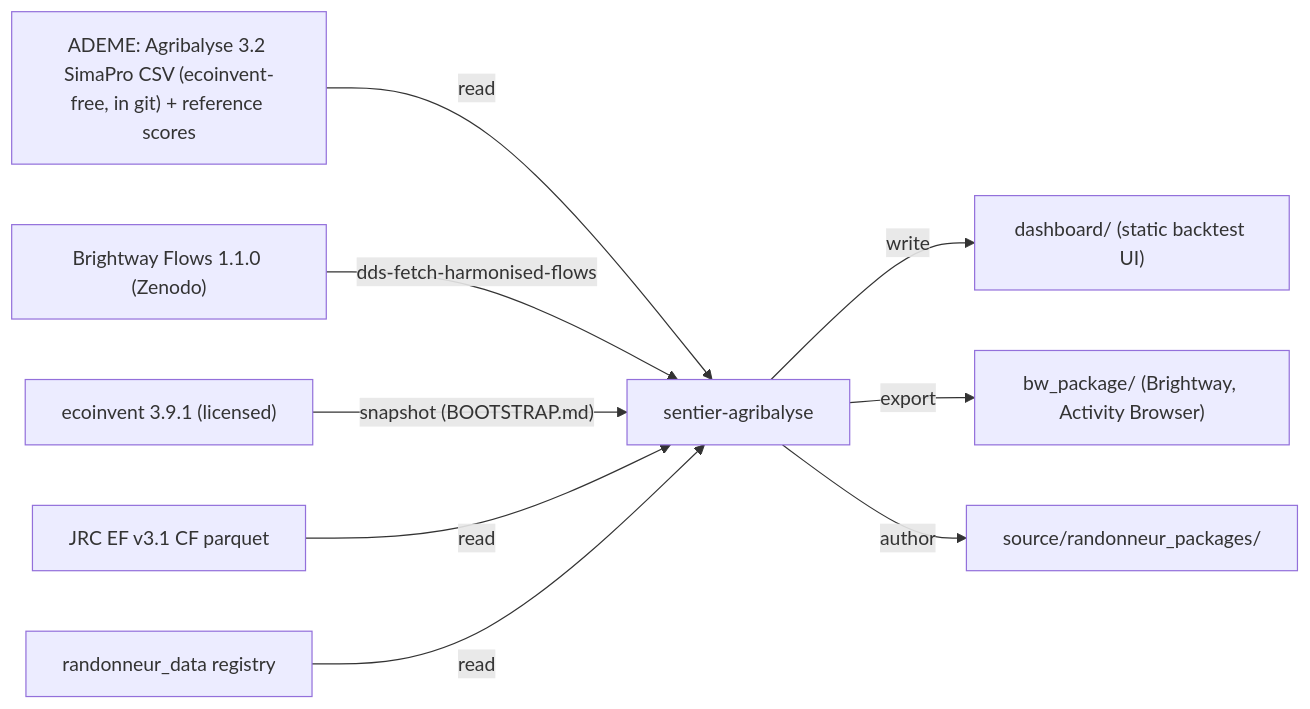
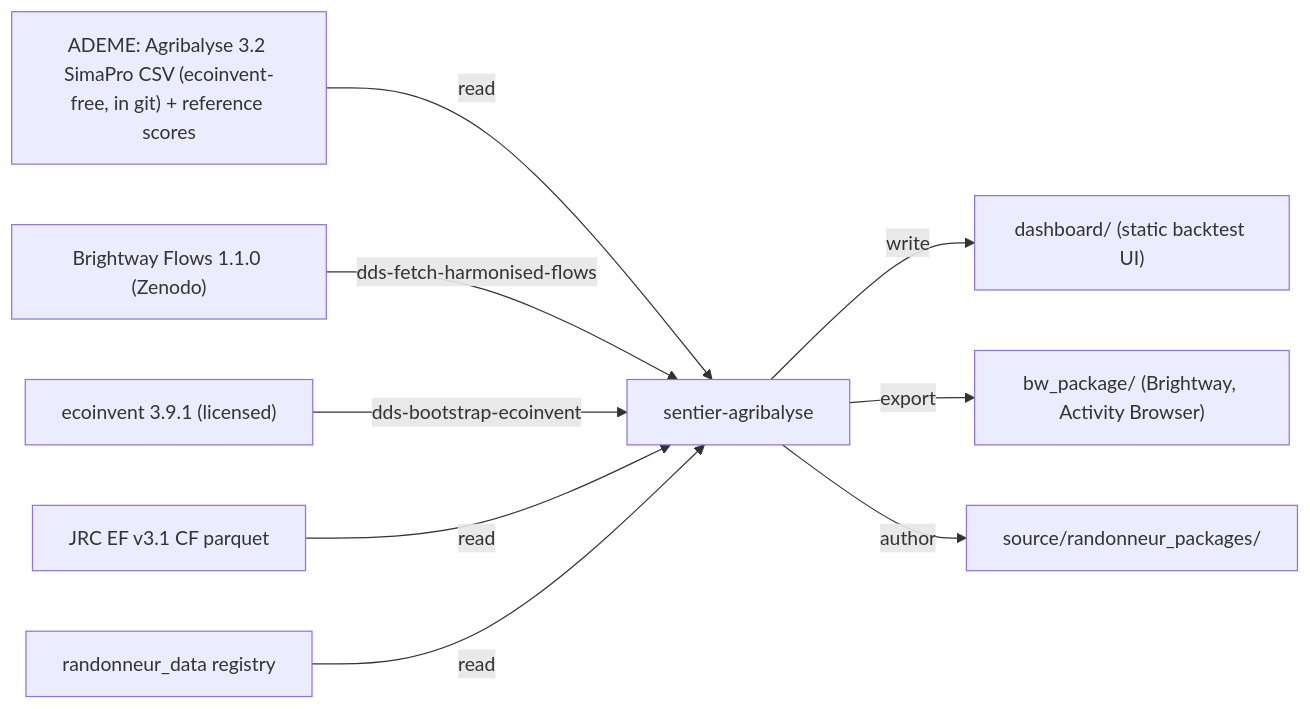
The first of 2 diagrams in README.md (sentier-dev/sentier-agribalyse), drawn with Mermaid before and after one commit. The commit also changed other lines of this file and 18 other files, not shown here.

First line of the commit message:
feat: one-command ecoinvent bootstrap, clean tree after a run

````diff
--- a/README.md
+++ b/README.md
@@ -3,11 +3,11 @@
 ```mermaid
 flowchart LR
     ADEME["ADEME: Agribalyse 3.2 SimaPro CSV (ecoinvent-free, in git) + reference scores"] -- read --> REPO["sentier-agribalyse"]
     BF["Brightway Flows 1.1.0 (Zenodo)"] -- "dds-fetch-harmonised-flows" --> REPO
-    EI["ecoinvent 3.9.1 (licensed)"] -- "snapshot (BOOTSTRAP.md)" --> REPO
+    EI["ecoinvent 3.9.1 (licensed)"] -- "dds-bootstrap-ecoinvent" --> REPO
     EF["JRC EF v3.1 CF parquet"] -- read --> REPO
     RD["randonneur_data registry"] -- read --> REPO
     REPO -- write --> DASH["dashboard/ (static backtest UI)"]
     REPO -- export --> BW["bw_package/ (Brightway, Activity Browser)"]
     REPO -- author --> RP["source/randonneur_packages/"]
 ```
````
